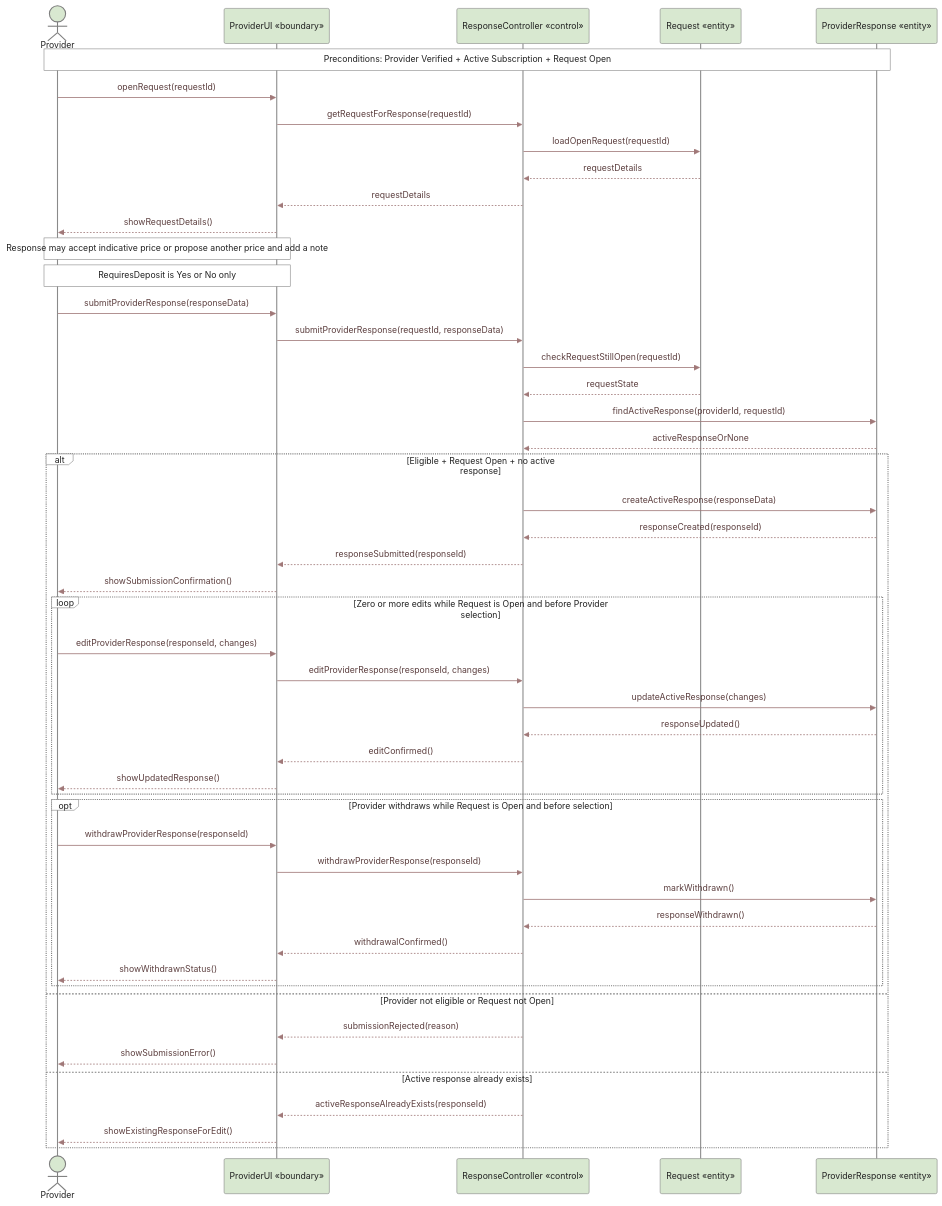
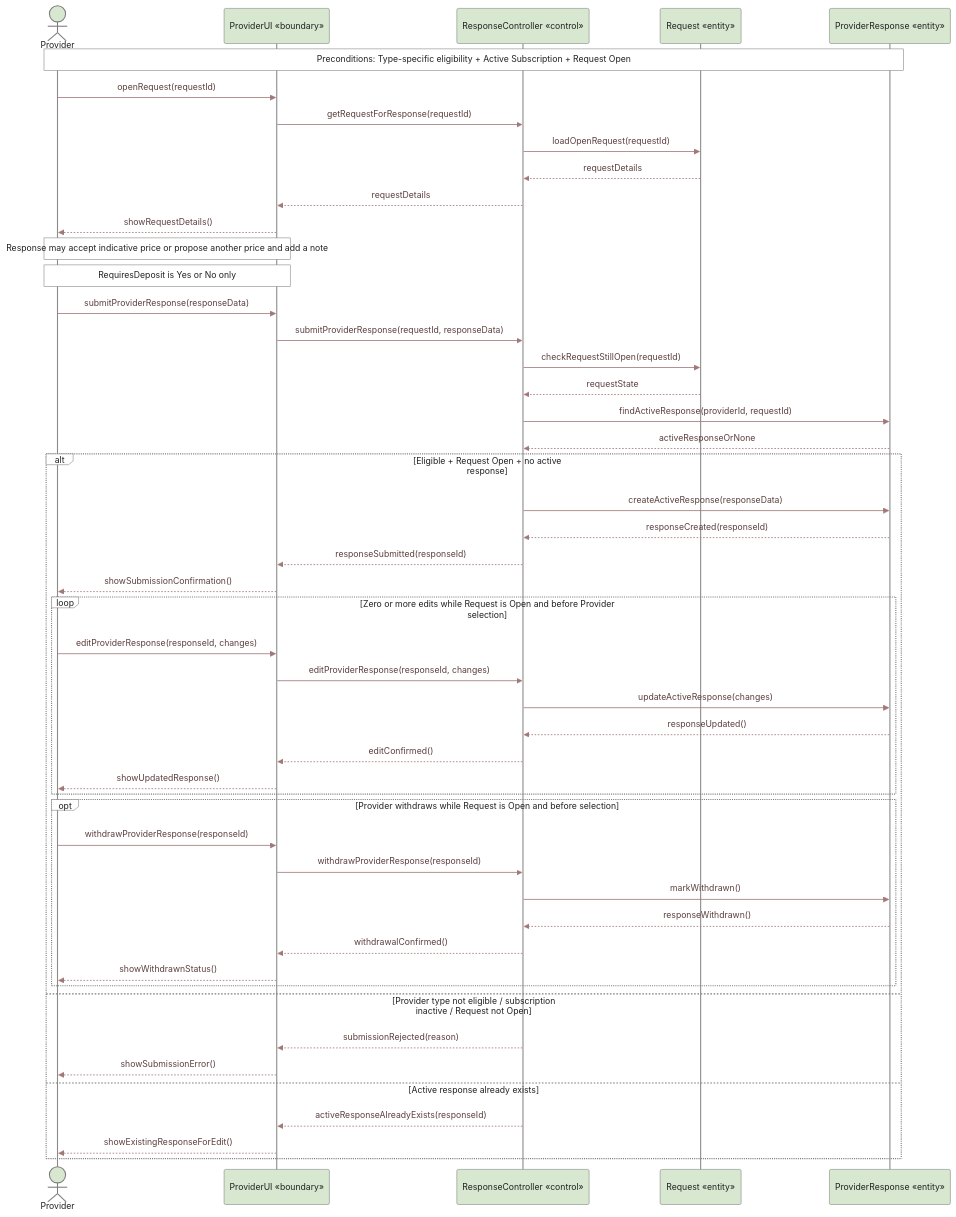
One commit to Yadd-SanaaUniversityGraduationProject/yadd changed the diagram in diagrams/03-analysis/uml/sequence/uc-03-respond-to-request-sequence.md. Above: the diagram before and after it, drawn with Mermaid. The commit also changed other lines of this file, not shown here.

Commit message:
uml: synchronize response eligibility with DEC-085/086

````diff
--- a/diagrams/03-analysis/uml/sequence/uc-03-respond-to-request-sequence.md
+++ b/diagrams/03-analysis/uml/sequence/uc-03-respond-to-request-sequence.md
@@ -17,59 +17,59 @@
 ```mermaid
 %%{init: {"theme":"base","themeVariables":{"background":"#FFFFFF","fontFamily":"Arial","actorBkg":"#D8E8D0","actorBorder":"#7E7E7E","actorTextColor":"#222222","actorLineColor":"#8A8A8A","signalColor":"#A07878","signalTextColor":"#5C3F3F","labelBoxBkgColor":"#FFFFFF","labelBoxBorderColor":"#7E7E7E","labelTextColor":"#222222","loopTextColor":"#222222","noteBkgColor":"#FFFFFF","noteBorderColor":"#7E7E7E","noteTextColor":"#222222","activationBkgColor":"#C8E0E8","activationBorderColor":"#7B969C","sequenceNumberColor":"#222222"}}}%%
 sequenceDiagram
     actor P as Provider
     participant UI as ProviderUI «boundary»
     participant C as ResponseController «control»
     participant RQ as Request «entity»
     participant PR as ProviderResponse «entity»
 
-    Note over P,PR: Preconditions: Provider Verified + Active Subscription + Request Open
+    Note over P,PR: Preconditions: Type-specific eligibility + Active Subscription + Request Open
 
     P->>UI: openRequest(requestId)
     UI->>C: getRequestForResponse(requestId)
     C->>RQ: loadOpenRequest(requestId)
     RQ-->>C: requestDetails
     C-->>UI: requestDetails
     UI-->>P: showRequestDetails()
 
     Note over P,UI: Response may accept indicative price or propose another price and add a note
     Note over P,UI: RequiresDeposit is Yes or No only
 
     P->>UI: submitProviderResponse(responseData)
     UI->>C: submitProviderResponse(requestId, responseData)
     C->>RQ: checkRequestStillOpen(requestId)
     RQ-->>C: requestState
     C->>PR: findActiveResponse(providerId, requestId)
     PR-->>C: activeResponseOrNone
 
     alt Eligible + Request Open + no active response
         C->>PR: createActiveResponse(responseData)
         PR-->>C: responseCreated(responseId)
         C-->>UI: responseSubmitted(responseId)
         UI-->>P: showSubmissionConfirmation()
 
         loop Zero or more edits while Request is Open and before Provider selection
             P->>UI: editProviderResponse(responseId, changes)
             UI->>C: editProviderResponse(responseId, changes)
             C->>PR: updateActiveResponse(changes)
             PR-->>C: responseUpdated()
             C-->>UI: editConfirmed()
             UI-->>P: showUpdatedResponse()
         end
 
         opt Provider withdraws while Request is Open and before selection
             P->>UI: withdrawProviderResponse(responseId)
             UI->>C: withdrawProviderResponse(responseId)
             C->>PR: markWithdrawn()
             PR-->>C: responseWithdrawn()
             C-->>UI: withdrawalConfirmed()
             UI-->>P: showWithdrawnStatus()
         end
-    else Provider not eligible or Request not Open
+    else Provider type not eligible / subscription inactive / Request not Open
         C-->>UI: submissionRejected(reason)
         UI-->>P: showSubmissionError()
     else Active response already exists
         C-->>UI: activeResponseAlreadyExists(responseId)
         UI-->>P: showExistingResponseForEdit()
     end
 ```
````
